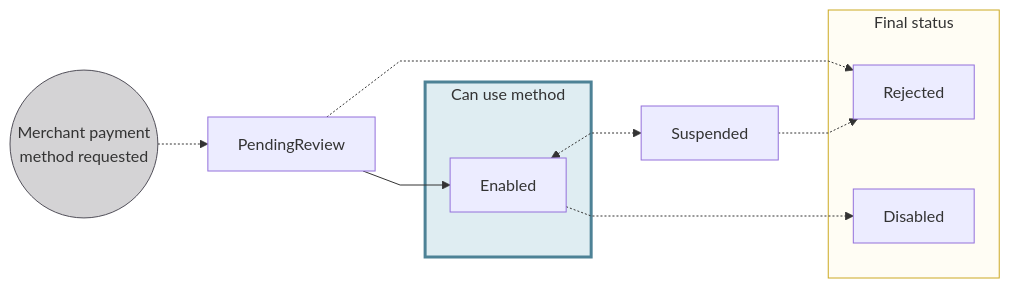
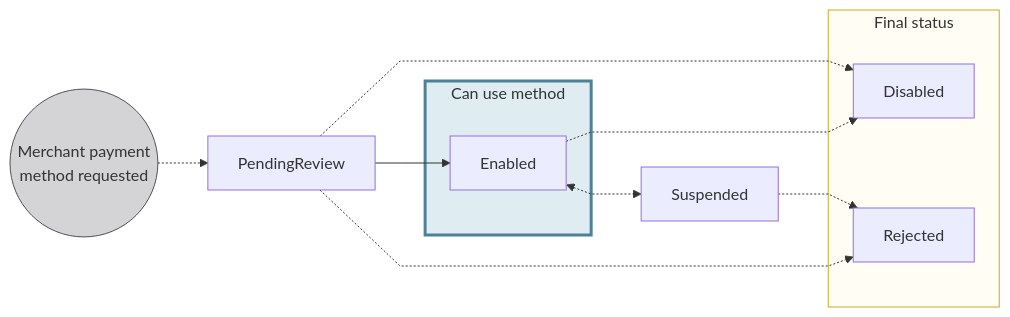
The second of 2 diagrams in docs/topics/merchants/index.mdx (swan-io/docs), drawn with Mermaid before and after one commit.

Commit message:
Still temp fix for DOC-377 to add link from PR to D

````diff
--- a/docs/topics/merchants/index.mdx
+++ b/docs/topics/merchants/index.mdx
@@ -111,20 +111,21 @@
 ```mermaid
 %%{ init: { 'flowchart': { 'curve': 'linear' } } }%%
 flowchart LR
     MPMR((Merchant payment<br/>method requested)) -.-> PR[PendingReview]
-    PR -.-> R[Rejected]
+    PR -.-> D
     PR --> E[Enabled]
     E <-.-> S[Suspended]
     S -.-> R
     E -.-> D[Disabled]
+    PR -.-> R[Rejected]
     subgraph U[Can use method]
         E
     end
     subgraph F[Final status]
         D
         R
     end
     style MPMR fill:#D4D3D5,stroke:#514F59
     style F fill:#fffdf4,stroke:#cca922
     style U fill:#dfedf2,stroke:#4d8296, stroke-width:3px
 ```
````
